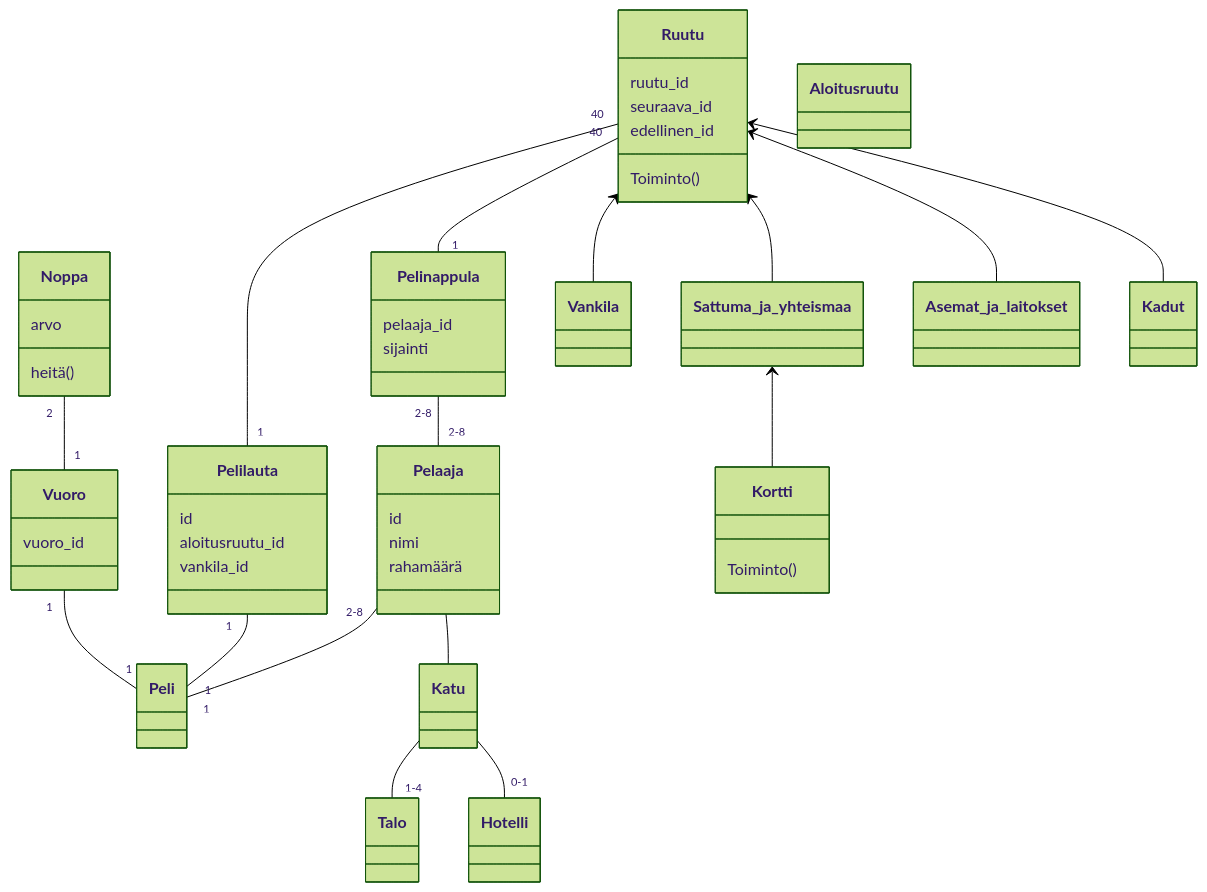
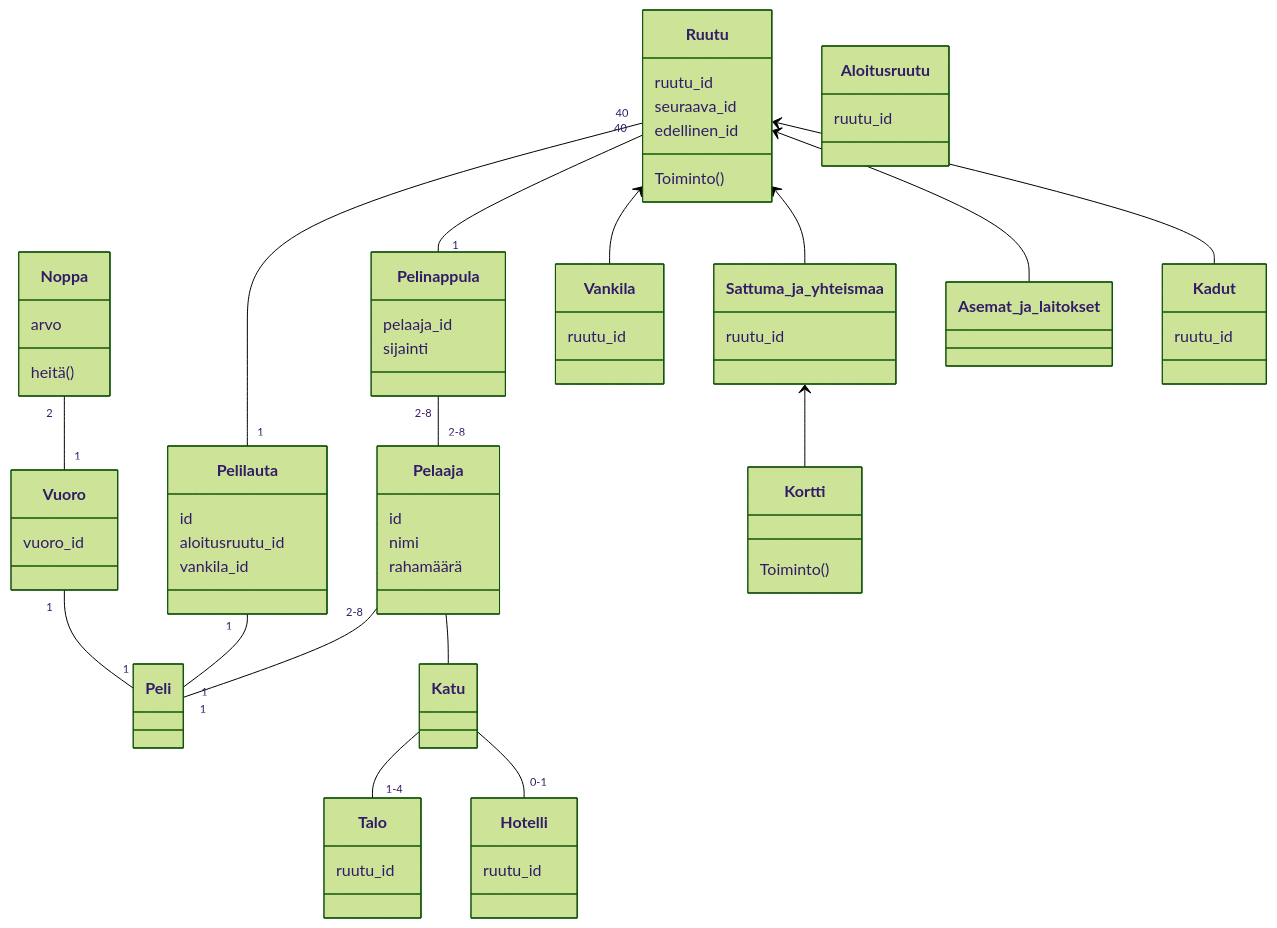
Before and after one commit to slerbu/ot-harjoitustyo: the diagram in laskarit/viikko3/laajennettu_monopoli.md, drawn with Mermaid (forest theme).

Commit message:
toimi plz

````diff
--- a/laskarit/viikko3/laajennettu_monopoli.md
+++ b/laskarit/viikko3/laajennettu_monopoli.md
@@ -1,73 +1,82 @@
 ```mermaid
  classDiagram
       Pelaaja "2-8" -- "1" Peli
       Vuoro "1" -- "1" Peli
       Pelilauta "1" -- "1" Peli
       Noppa "2" -- "1" Vuoro
       Pelinappula "2-8" -- "2-8" Pelaaja
       Ruutu "40" -- "1" Pelilauta
       Ruutu "40" -- "1" Pelinappula
       Katu -- "1-4" Talo
       Katu -- "0-1" Hotelli
       Pelaaja -- Katu
       
       Ruutu <-- Vankila
       Ruutu <-- Sattuma_ja_yhteismaa
       Ruutu <-- Asemat_ja_laitokset
       Ruutu <-- Kadut
       Sattuma_ja_yhteismaa <-- Kortti
 
 
     
 
       class Peli{
       }
       class Vuoro{
           vuoro_id
       }
       class Noppa{
           arvo
           heitä()
       }
       class Pelaaja{
           id
           nimi
           rahamäärä
       }
       class Pelinappula{
           pelaaja_id
           sijainti
       }
       class Pelilauta{
           id
           aloitusruutu_id
           vankila_id
           
       }
       class Ruutu{
           ruutu_id
           seuraava_id
           edellinen_id
           Toiminto()
 
       }
-      class Aloitusruutu{}
+      class Aloitusruutu{
+          ruutu_id
+      }
 
       class Vankila{
+          ruutu_id
 
 
       }
       class Sattuma_ja_yhteismaa{
+          ruutu_id
             
       }
       class Kortti{
           Toiminto()
 
       }
       
-      class Kadut{}
+      class Kadut{
+          ruutu_id
+      }
       class Talo{
+          ruutu_id
         
       }
-      class Hotelli{}
+      class Hotelli{
+          ruutu_id
+      }
 ```
````
